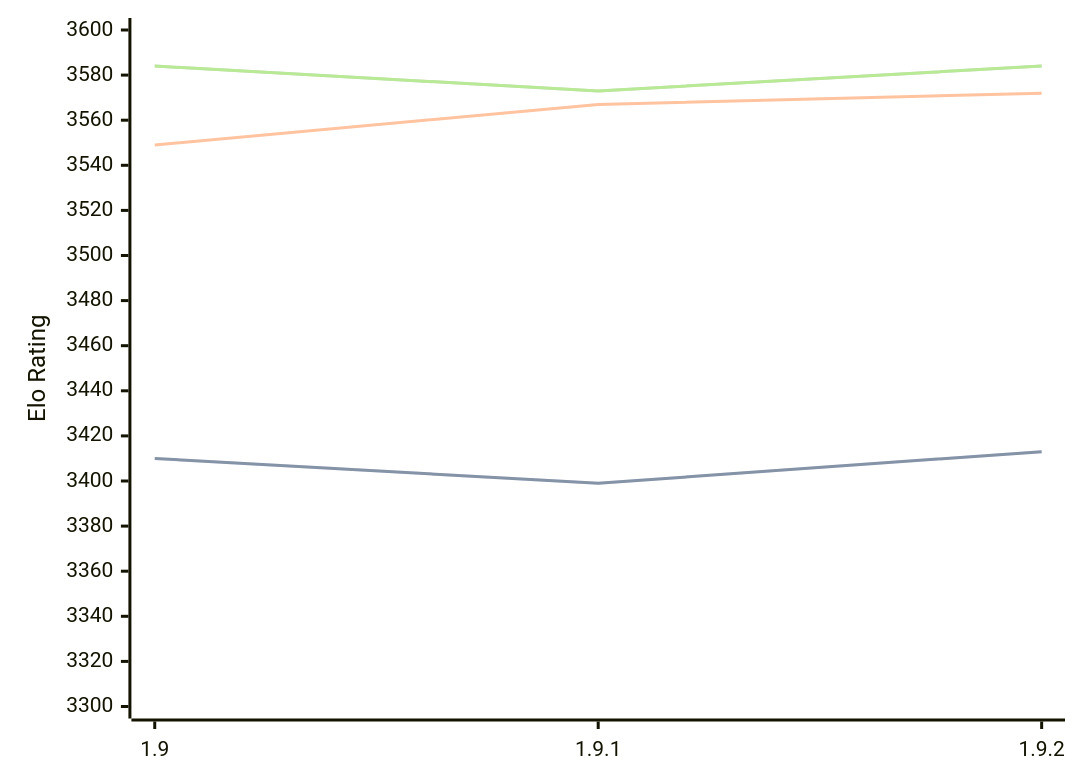
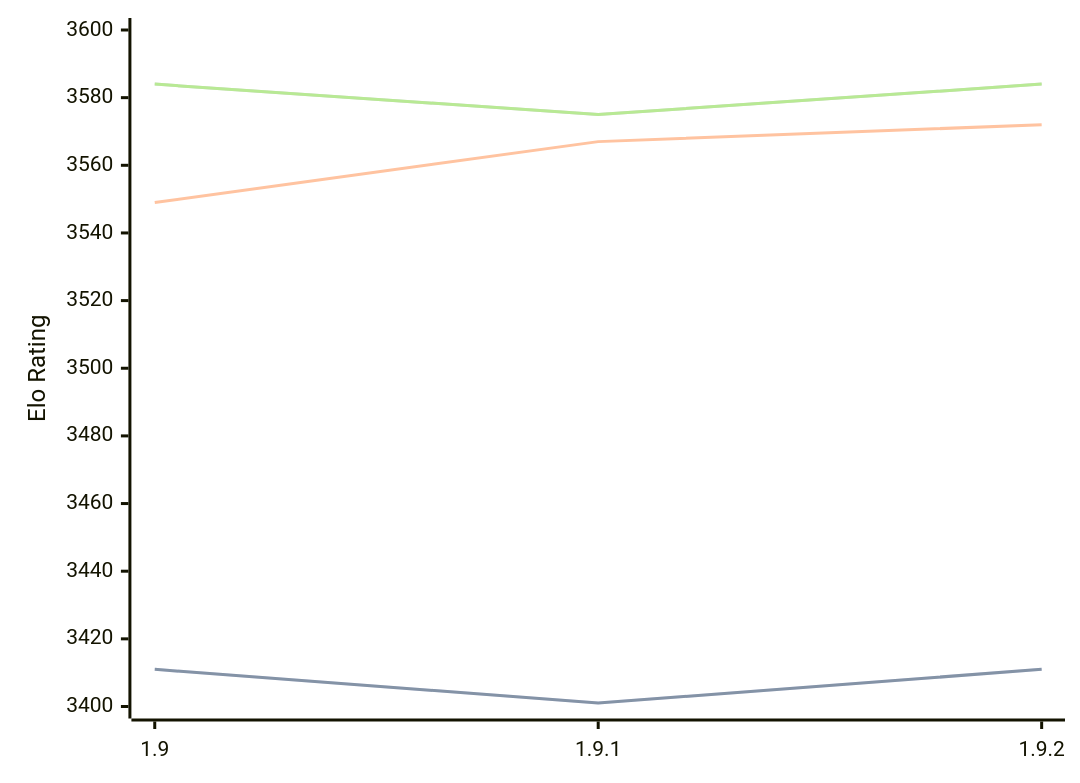
One commit to computer-chess-index/cci changed the diagram in engines/Pawnocchio.md. Above: the diagram before and after it, drawn with Mermaid. The commit also changed other lines of this file, not shown here.

Commit message:
Update CCI Ratings (ELO VLTC) - 2026-03-13

````diff
--- a/engines/Pawnocchio.md
+++ b/engines/Pawnocchio.md
@@ -46,11 +46,11 @@
 ```mermaid
 %%{init: {"theme":"base","themeVariables":{"seriesColors:['#a3a3a3','#222221','#faa371']}}}%%
 xychart-beta
   x-axis ["1.9", "1.9.1", "1.9.2"]
-  y-axis "Elo Rating" 3300 --> 3600
-  line "STC (8.0+0.08s)" [3410, 3399, 3413]
-  line "STC (8.0+0.08s)" [3410, 3399, 3413]
+  y-axis "Elo Rating" 3400 --> 3600
+  line "STC (8.0+0.08s)" [3411, 3401, 3411]
+  line "STC (8.0+0.08s)" [3411, 3401, 3411]
   line "LTC (60.0+0.60s)" [3549, 3567, 3572]
-  line "VLTC (2m24s+1.12s)" [3584, 3573, 3584]
-  line "VLTC (2m24s+1.12s)" [3584, 3573, 3584]
+  line "VLTC (2m24s+1.12s)" [3584, 3575, 3584]
+  line "VLTC (2m24s+1.12s)" [3584, 3575, 3584]
 ```
````
